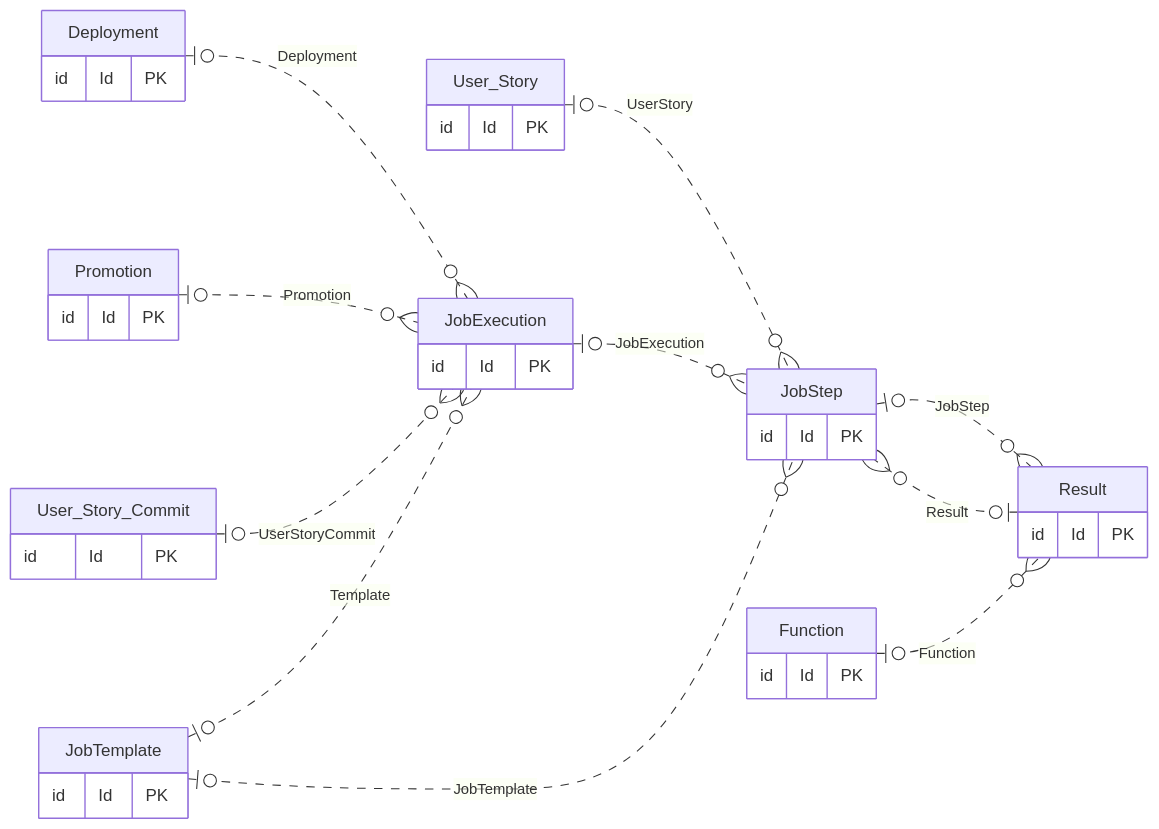
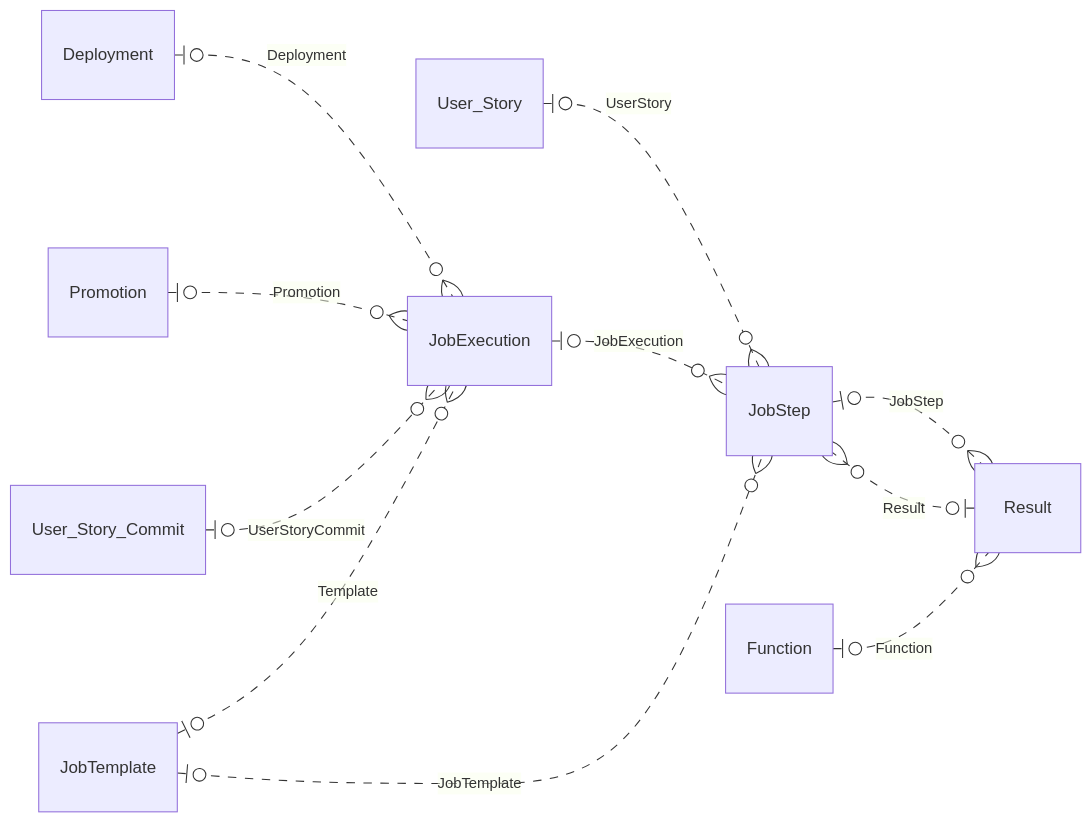
The diagram in resources/copado-source-format/05-execution.mmd (airbah/monsite), drawn with Mermaid before and after one commit. The commit also changed 19 other files, not shown here.

Commit message:
Simplifier les diagrammes Copado en retirant la ligne Id et PK

```diff
--- a/resources/copado-source-format/05-execution.mmd
+++ b/resources/copado-source-format/05-execution.mmd
@@ -1,39 +1,21 @@
 erDiagram
     direction LR
-    Promotion {
-        id Id PK
-    }
-    Deployment {
-        id Id PK
-    }
-    User_Story_Commit {
-        id Id PK
-    }
-    User_Story {
-        id Id PK
-    }
-    JobExecution {
-        id Id PK
-    }
-    JobTemplate {
-        id Id PK
-    }
-    JobStep {
-        id Id PK
-    }
-    Result {
-        id Id PK
-    }
-    Function {
-        id Id PK
-    }
+    Promotion
+    Deployment
+    User_Story_Commit
+    User_Story
+    JobExecution
+    JobTemplate
+    JobStep
+    Result
+    Function
     Deployment |o..o{ JobExecution : "Deployment"
     Promotion |o..o{ JobExecution : "Promotion"
     JobTemplate |o..o{ JobExecution : "Template"
     User_Story_Commit |o..o{ JobExecution : "UserStoryCommit"
     JobExecution |o..o{ JobStep : "JobExecution"
     JobTemplate |o..o{ JobStep : "JobTemplate"
     Result |o..o{ JobStep : "Result"
     User_Story |o..o{ JobStep : "UserStory"
     Function |o..o{ Result : "Function"
     JobStep |o..o{ Result : "JobStep"
```
